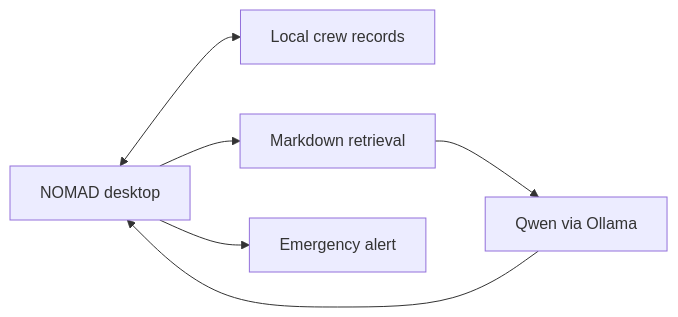
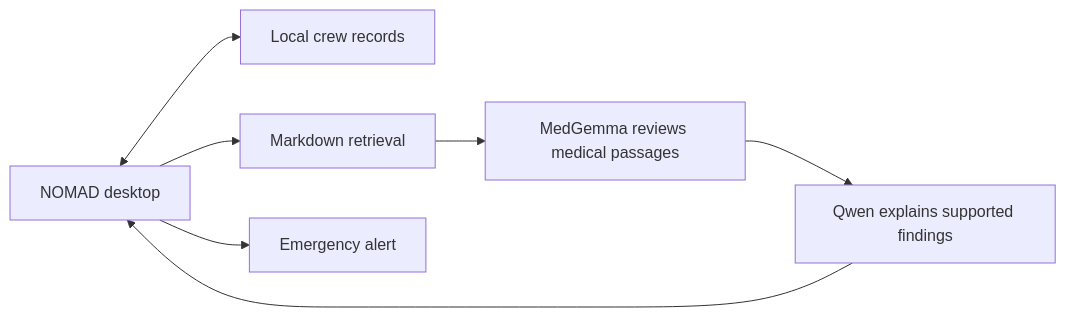
The diagram in docs/ARCHITECTURE.md (nxczmain/NOMAD_Health_Project), drawn with Mermaid before and after one commit. The commit also changed other lines of this file and 123 other files, not shown here.

````diff
--- a/docs/ARCHITECTURE.md
+++ b/docs/ARCHITECTURE.md
@@ -3,8 +3,9 @@
 ```mermaid
 flowchart LR
     A["NOMAD desktop"] <--> B["Local crew records"]
     A --> C["Markdown retrieval"]
-    C --> D["Qwen via Ollama"]
+    C --> M["MedGemma reviews medical passages"]
+    M --> D["Qwen explains supported findings"]
     D --> A
     A --> E["Emergency alert"]
 ```
````
